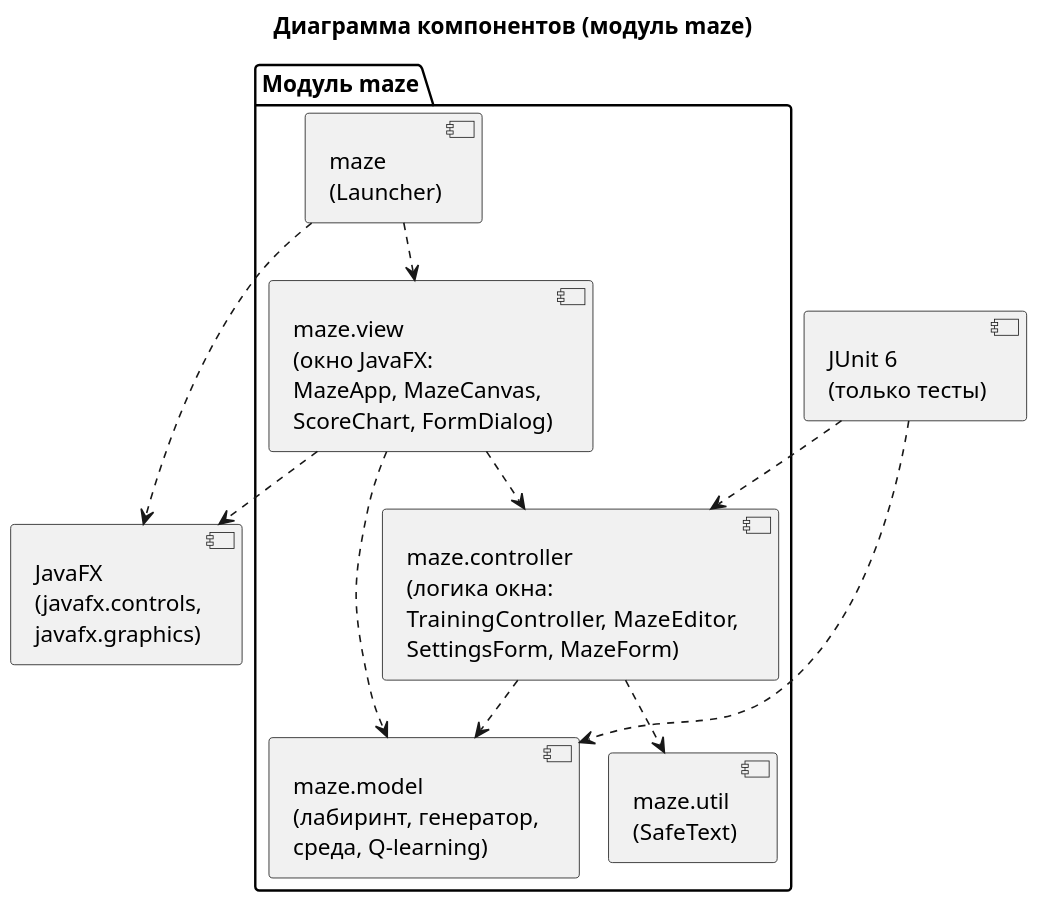
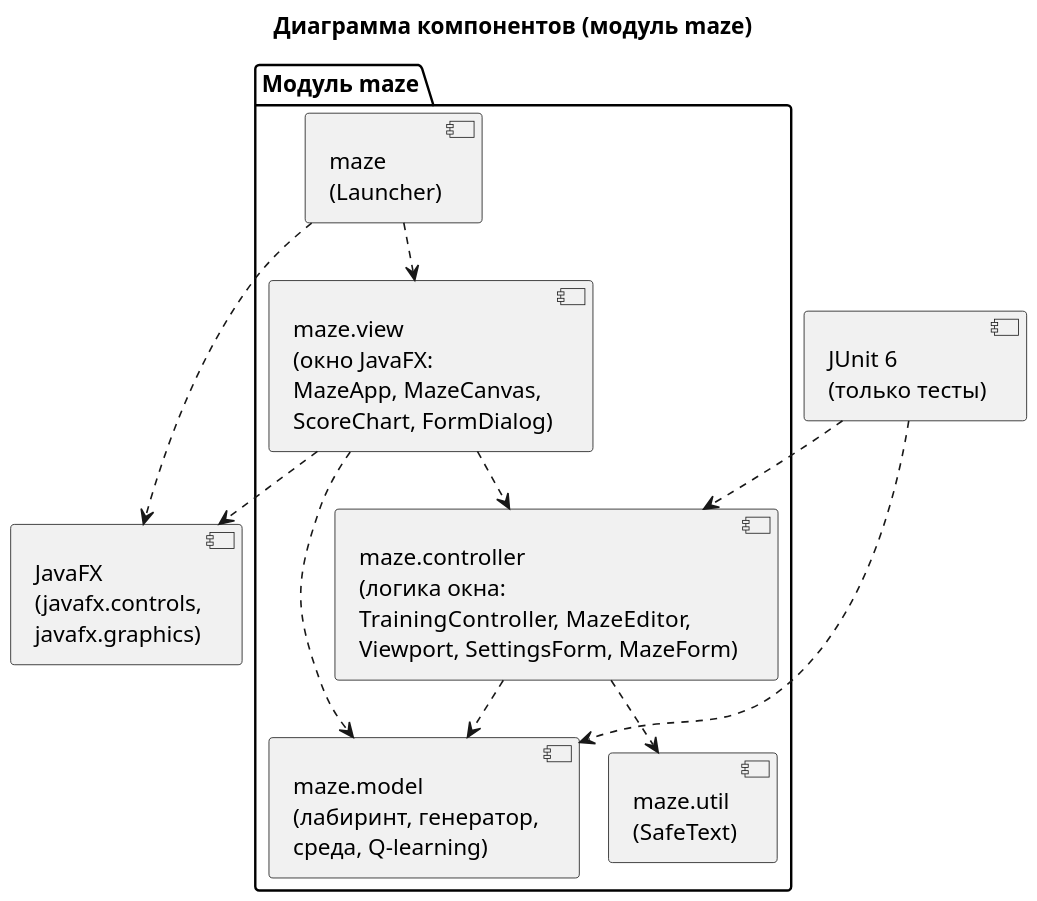
Before and after one commit to azatmn/mouse-maze: the diagram in docs/uml/component.puml, drawn with PlantUML. The commit also changed 22 other files, not shown here.

Commit message:
docs: refresh screenshots, UML, report and presentation for replay, zoom and PT Sans

```diff
--- a/docs/uml/component.puml
+++ b/docs/uml/component.puml
@@ -1,28 +1,28 @@
 @startuml component
 !pragma layout smetana
 skinparam dpi 150
 skinparam defaultFontName Arial
 skinparam shadowing false
 title Диаграмма компонентов (модуль maze)
 
 package "Модуль maze" {
   component "maze\n(Launcher)" as launcher
   component "maze.view\n(окно JavaFX:\nMazeApp, MazeCanvas,\nScoreChart, FormDialog)" as view
-  component "maze.controller\n(логика окна:\nTrainingController, MazeEditor,\nSettingsForm, MazeForm)" as controller
+  component "maze.controller\n(логика окна:\nTrainingController, MazeEditor,\nViewport, SettingsForm, MazeForm)" as controller
   component "maze.model\n(лабиринт, генератор,\nсреда, Q-learning)" as model
   component "maze.util\n(SafeText)" as util
 }
 
 component "JavaFX\n(javafx.controls,\njavafx.graphics)" as javafx
 component "JUnit 6\n(только тесты)" as junit
 
 launcher ..> view
 launcher ..> javafx
 view ..> controller
 view ..> model
 view ..> javafx
 controller ..> model
 controller ..> util
 junit ..> model
 junit ..> controller
 @enduml
```
